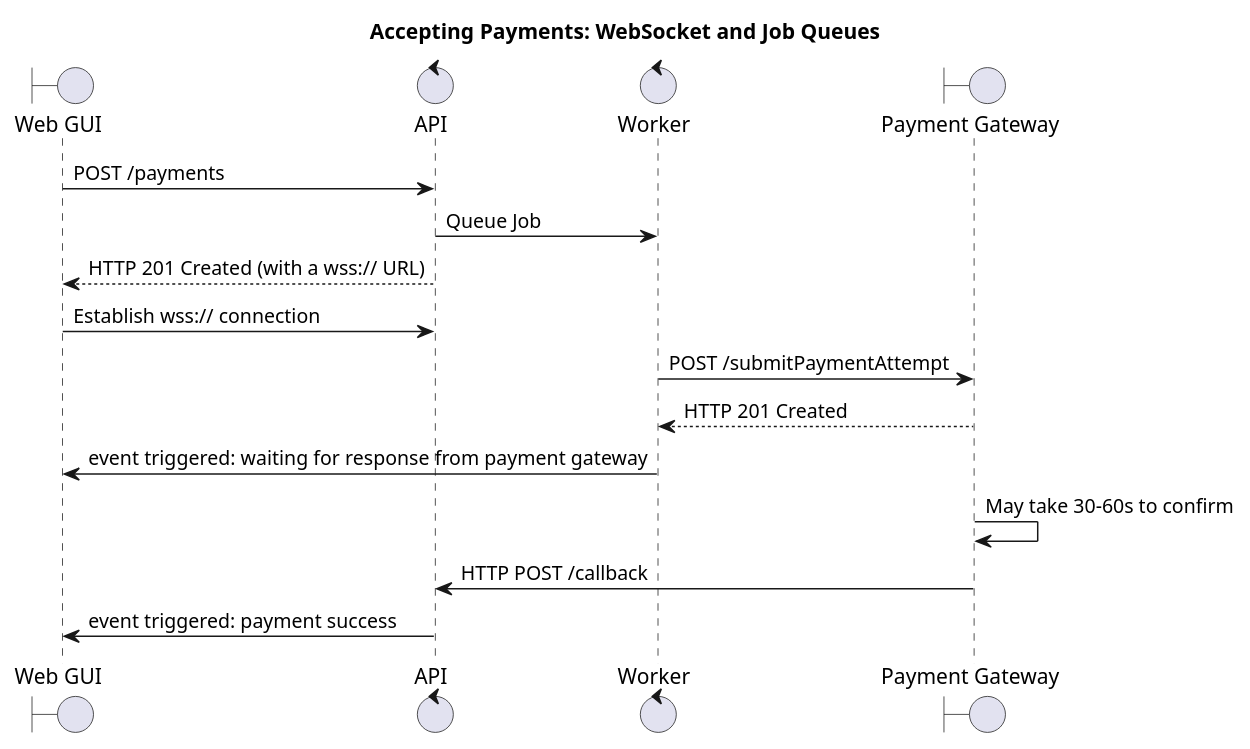
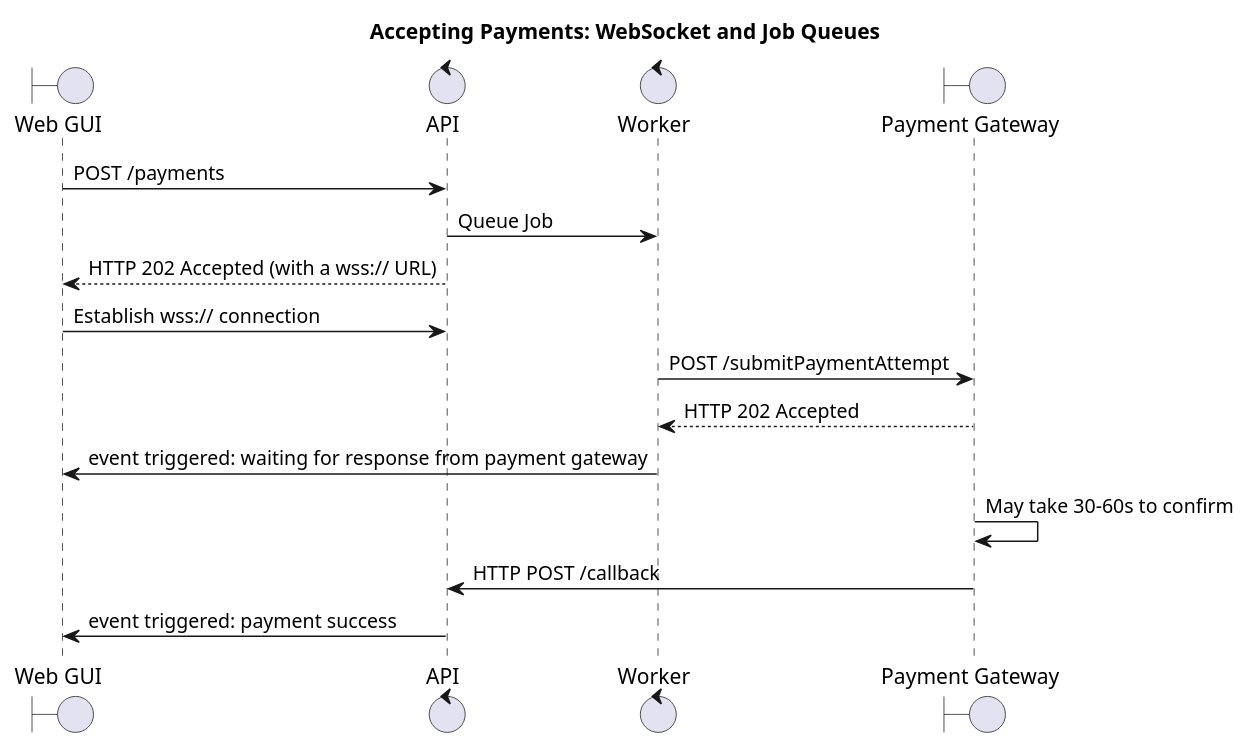
Before and after one commit to apisyouwonthate/book-build-apis-2: the fourth of 4 diagrams in src/1-theory/10-async.adoc, drawn with PlantUML. The commit also changed other lines of this file and 1 other file, not shown here.

```diff
--- a/src/1-theory/10-async.adoc
+++ b/src/1-theory/10-async.adoc
@@ -348,24 +352,24 @@
 [plantuml]
 ----
 @startuml
 
 title Accepting Payments: WebSocket and Job Queues
 
 boundary "Web GUI" as GUI
 control "API"
 control Worker
 boundary "Payment Gateway" as PG
 
 GUI -> API: POST /payments
 API -> Worker: Queue Job
-GUI <-- API: HTTP 201 Created (with a wss:// URL)
+GUI <-- API: HTTP 202 Accepted (with a wss:// URL)
 GUI -> API: Establish wss:// connection
 Worker -> PG: POST /submitPaymentAttempt
-Worker <-- PG: HTTP 201 Created
+Worker <-- PG: HTTP 202 Accepted
 GUI <- Worker: event triggered: waiting for response from payment gateway
 PG -> PG: May take 30-60s to confirm
 API <- PG: HTTP POST /callback
 API -> GUI: event triggered: payment success
 
 @enduml
 ----
```
